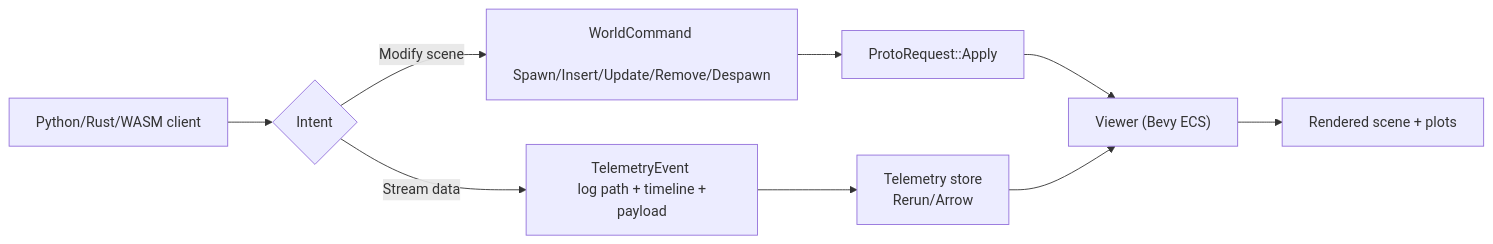
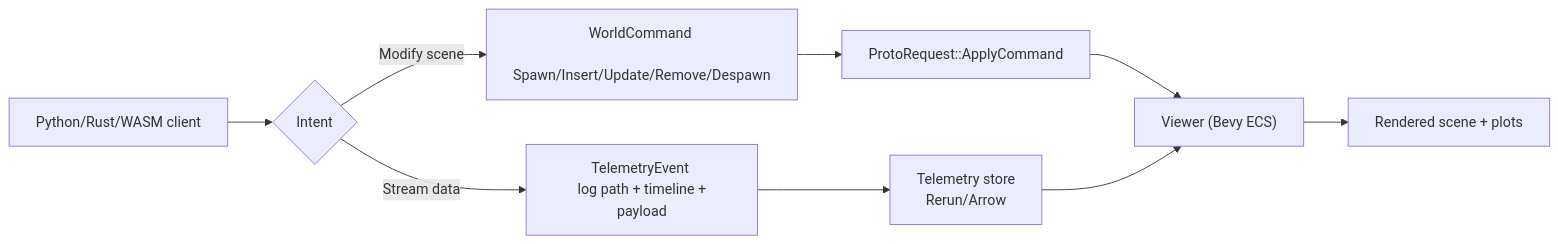
Before and after one commit to soraxas/dimensify: the first of 2 diagrams in docs/protocol.md, drawn with Mermaid. The commit also changed other lines of this file and 18 other files, not shown here.

````diff
--- a/docs/protocol.md
+++ b/docs/protocol.md
@@ -45,11 +46,11 @@
 ```mermaid
 flowchart LR
     A[Python/Rust/WASM client] --> B{Intent}
     B -->|Modify scene| C["WorldCommand <br> Spawn/Insert/Update/Remove/Despawn"]
     B -->|Stream data| D[TelemetryEvent <br> log path + timeline + payload]
-    C --> E[ProtoRequest::Apply]
+    C --> E[ProtoRequest::ApplyCommand]
     D --> F[Telemetry store <br> Rerun/Arrow]
     E --> G["Viewer (Bevy ECS)"]
     F --> G
     G --> H[Rendered scene + plots]
 ```
````
